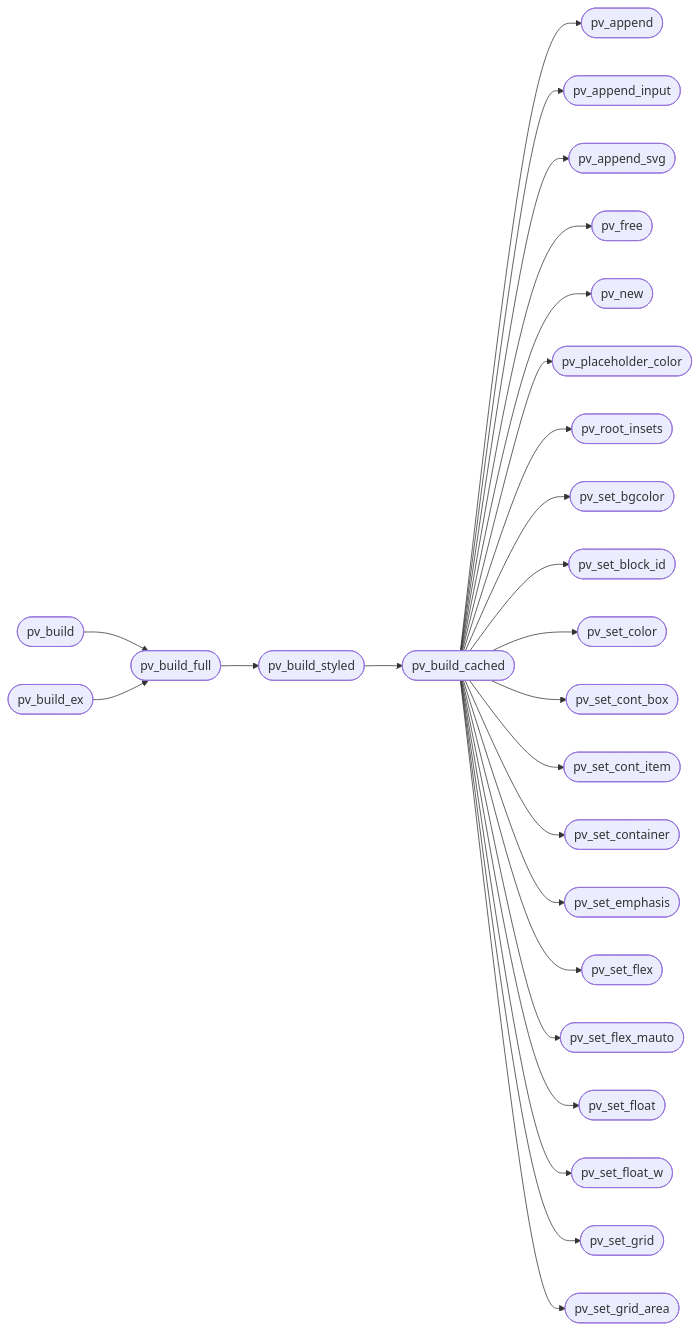
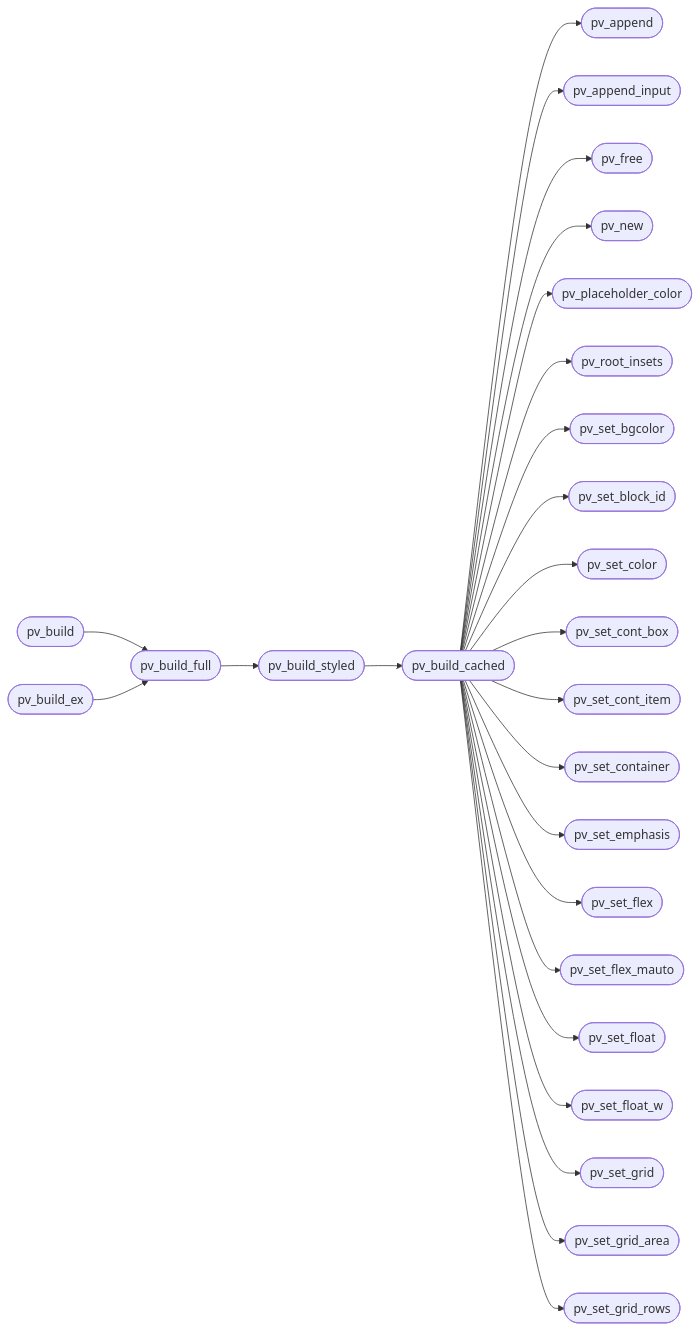
The second of 2 diagrams in readmenator-apidocs/modules/src.page_view.c.md (grisuno/FreeDom), drawn with Mermaid before and after one commit. The commit also changed other lines of this file and 124 other files, not shown here.

````diff
--- a/readmenator-apidocs/modules/src.page_view.c.md
+++ b/readmenator-apidocs/modules/src.page_view.c.md
@@ -68,52 +68,52 @@
 ```mermaid
 flowchart LR
     n_src_page_view_c__pv_build(["pv_build"])
     n_src_page_view_c__pv_build_full(["pv_build_full"])
     n_src_page_view_c__pv_build_ex(["pv_build_ex"])
     n_src_page_view_c__pv_build_styled(["pv_build_styled"])
     n_src_page_view_c__pv_build_cached(["pv_build_cached"])
     n_src_page_view_c__pv_append(["pv_append"])
     n_src_page_view_c__pv_append_input(["pv_append_input"])
-    n_src_page_view_c__pv_append_svg(["pv_append_svg"])
     n_src_page_view_c__pv_free(["pv_free"])
     n_src_page_view_c__pv_new(["pv_new"])
     n_src_page_view_c__pv_placeholder_color(["pv_placeholder_color"])
     n_src_page_view_c__pv_root_insets(["pv_root_insets"])
     n_src_page_view_c__pv_set_bgcolor(["pv_set_bgcolor"])
     n_src_page_view_c__pv_set_block_id(["pv_set_block_id"])
     n_src_page_view_c__pv_set_color(["pv_set_color"])
     n_src_page_view_c__pv_set_cont_box(["pv_set_cont_box"])
     n_src_page_view_c__pv_set_cont_item(["pv_set_cont_item"])
     n_src_page_view_c__pv_set_container(["pv_set_container"])
     n_src_page_view_c__pv_set_emphasis(["pv_set_emphasis"])
     n_src_page_view_c__pv_set_flex(["pv_set_flex"])
     n_src_page_view_c__pv_set_flex_mauto(["pv_set_flex_mauto"])
     n_src_page_view_c__pv_set_float(["pv_set_float"])
     n_src_page_view_c__pv_set_float_w(["pv_set_float_w"])
     n_src_page_view_c__pv_set_grid(["pv_set_grid"])
     n_src_page_view_c__pv_set_grid_area(["pv_set_grid_area"])
+    n_src_page_view_c__pv_set_grid_rows(["pv_set_grid_rows"])
     n_src_page_view_c__pv_build --> n_src_page_view_c__pv_build_full
     n_src_page_view_c__pv_build_ex --> n_src_page_view_c__pv_build_full
     n_src_page_view_c__pv_build_full --> n_src_page_view_c__pv_build_styled
     n_src_page_view_c__pv_build_styled --> n_src_page_view_c__pv_build_cached
     n_src_page_view_c__pv_build_cached --> n_src_page_view_c__pv_append
     n_src_page_view_c__pv_build_cached --> n_src_page_view_c__pv_append_input
-    n_src_page_view_c__pv_build_cached --> n_src_page_view_c__pv_append_svg
     n_src_page_view_c__pv_build_cached --> n_src_page_view_c__pv_free
     n_src_page_view_c__pv_build_cached --> n_src_page_view_c__pv_new
     n_src_page_view_c__pv_build_cached --> n_src_page_view_c__pv_placeholder_color
     n_src_page_view_c__pv_build_cached --> n_src_page_view_c__pv_root_insets
     n_src_page_view_c__pv_build_cached --> n_src_page_view_c__pv_set_bgcolor
     n_src_page_view_c__pv_build_cached --> n_src_page_view_c__pv_set_block_id
     n_src_page_view_c__pv_build_cached --> n_src_page_view_c__pv_set_color
     n_src_page_view_c__pv_build_cached --> n_src_page_view_c__pv_set_cont_box
     n_src_page_view_c__pv_build_cached --> n_src_page_view_c__pv_set_cont_item
     n_src_page_view_c__pv_build_cached --> n_src_page_view_c__pv_set_container
     n_src_page_view_c__pv_build_cached --> n_src_page_view_c__pv_set_emphasis
     n_src_page_view_c__pv_build_cached --> n_src_page_view_c__pv_set_flex
     n_src_page_view_c__pv_build_cached --> n_src_page_view_c__pv_set_flex_mauto
     n_src_page_view_c__pv_build_cached --> n_src_page_view_c__pv_set_float
     n_src_page_view_c__pv_build_cached --> n_src_page_view_c__pv_set_float_w
     n_src_page_view_c__pv_build_cached --> n_src_page_view_c__pv_set_grid
     n_src_page_view_c__pv_build_cached --> n_src_page_view_c__pv_set_grid_area
+    n_src_page_view_c__pv_build_cached --> n_src_page_view_c__pv_set_grid_rows
 ```
````
